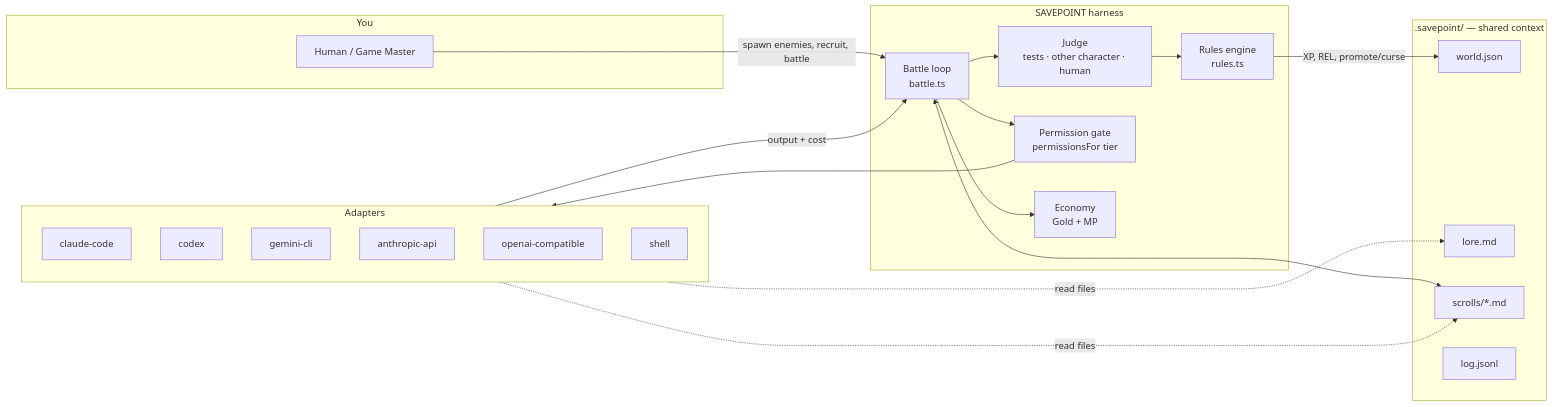
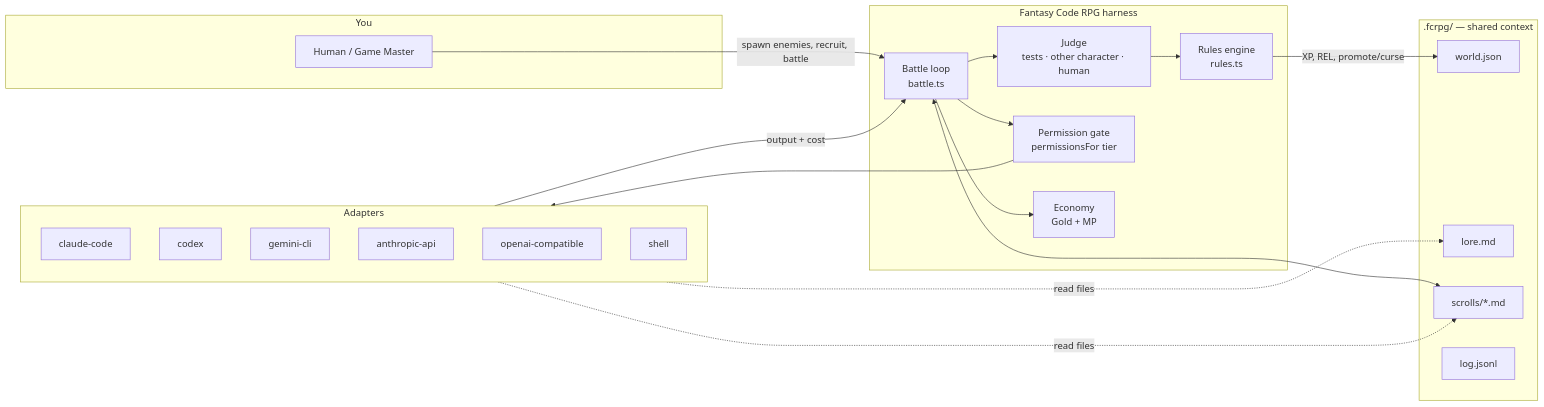
One commit to ishboogoo/fantasy-code-rpg changed the diagram in docs/ARCHITECTURE.md. Above: the diagram before and after it, drawn with Mermaid. The commit also changed other lines of this file and 169 other files, not shown here.

````diff
--- a/docs/ARCHITECTURE.md
+++ b/docs/ARCHITECTURE.md
@@ -5,36 +5,36 @@
 ```mermaid
 flowchart LR
   subgraph You
     H[Human / Game Master]
   end
-  subgraph Harness["SAVEPOINT harness"]
+  subgraph Harness["Fantasy Code RPG harness"]
     R[Rules engine<br/>rules.ts]
     B[Battle loop<br/>battle.ts]
     J[Judge<br/>tests · other character · human]
     G[Permission gate<br/>permissionsFor tier]
     E[Economy<br/>Gold + MP]
   end
-  subgraph Chronicle[".savepoint/ — shared context"]
+  subgraph Chronicle[".fcrpg/ — shared context"]
     W[world.json]
     L[lore.md]
     S[scrolls/*.md]
     X[log.jsonl]
   end
   subgraph Adapters
     CC[claude-code]
     CX[codex]
     GM[gemini-cli]
     AA[anthropic-api]
     OA[openai-compatible]
     SH[shell]
   end
   H -->|spawn enemies, recruit, battle| B
   B --> G --> Adapters
   Adapters -->|output + cost| B
   B --> J --> R
   R -->|XP, REL, promote/curse| W
   B <--> S
   Adapters -. read files .-> L
   Adapters -. read files .-> S
   B --> E
 ```
````
